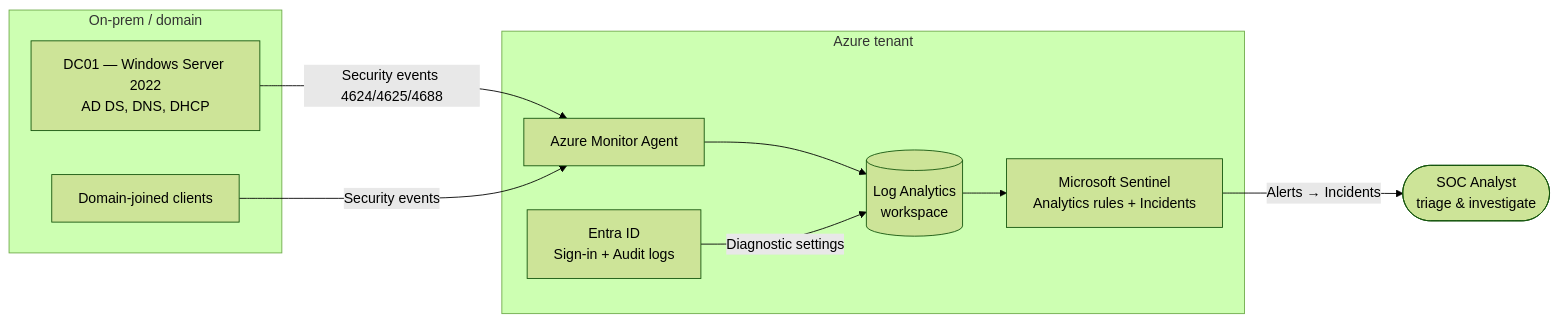
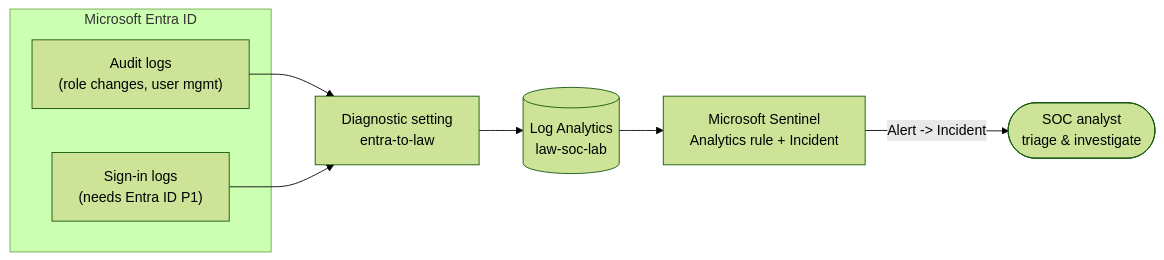
Before and after one commit to edcadet10/cadet-blue: the diagram in projects/01-siem-detection-lab/README.md, drawn with Mermaid (forest theme). The commit also changed other lines of this file and 5 other files, not shown here.

````diff
--- a/projects/01-siem-detection-lab/README.md
+++ b/projects/01-siem-detection-lab/README.md
@@ -32,20 +31,17 @@
 ```mermaid
 flowchart LR
-    subgraph OnPrem["On-prem / domain"]
-        DC["DC01 — Windows Server 2022<br/>AD DS, DNS, DHCP"]
-        EP["Domain-joined clients"]
+    subgraph Entra["Microsoft Entra ID"]
+        AUD["Audit logs<br/>(role changes, user mgmt)"]
+        SGN["Sign-in logs<br/>(needs Entra ID P1)"]
     end
-    subgraph Azure["Azure tenant"]
-        AAD["Entra ID<br/>Sign-in + Audit logs"]
-        AMA["Azure Monitor Agent"]
-        LAW[("Log Analytics<br/>workspace")]
-        SENT["Microsoft Sentinel<br/>Analytics rules + Incidents"]
-    end
+    DS["Diagnostic setting<br/>entra-to-law"]
+    LAW[("Log Analytics<br/>law-soc-lab")]
+    SENT["Microsoft Sentinel<br/>Analytics rule + Incident"]
+    AN(["SOC analyst<br/>triage & investigate"])
 
-    DC -->|"Security events 4624/4625/4688"| AMA
-    EP -->|"Security events"| AMA
-    AMA --> LAW
-    AAD -->|"Diagnostic settings"| LAW
+    AUD --> DS
+    SGN --> DS
+    DS --> LAW
     LAW --> SENT
-    SENT -->|"Alerts → Incidents"| Analyst(["SOC Analyst<br/>triage & investigate"])
+    SENT -->|"Alert -> Incident"| AN
 ```
````
